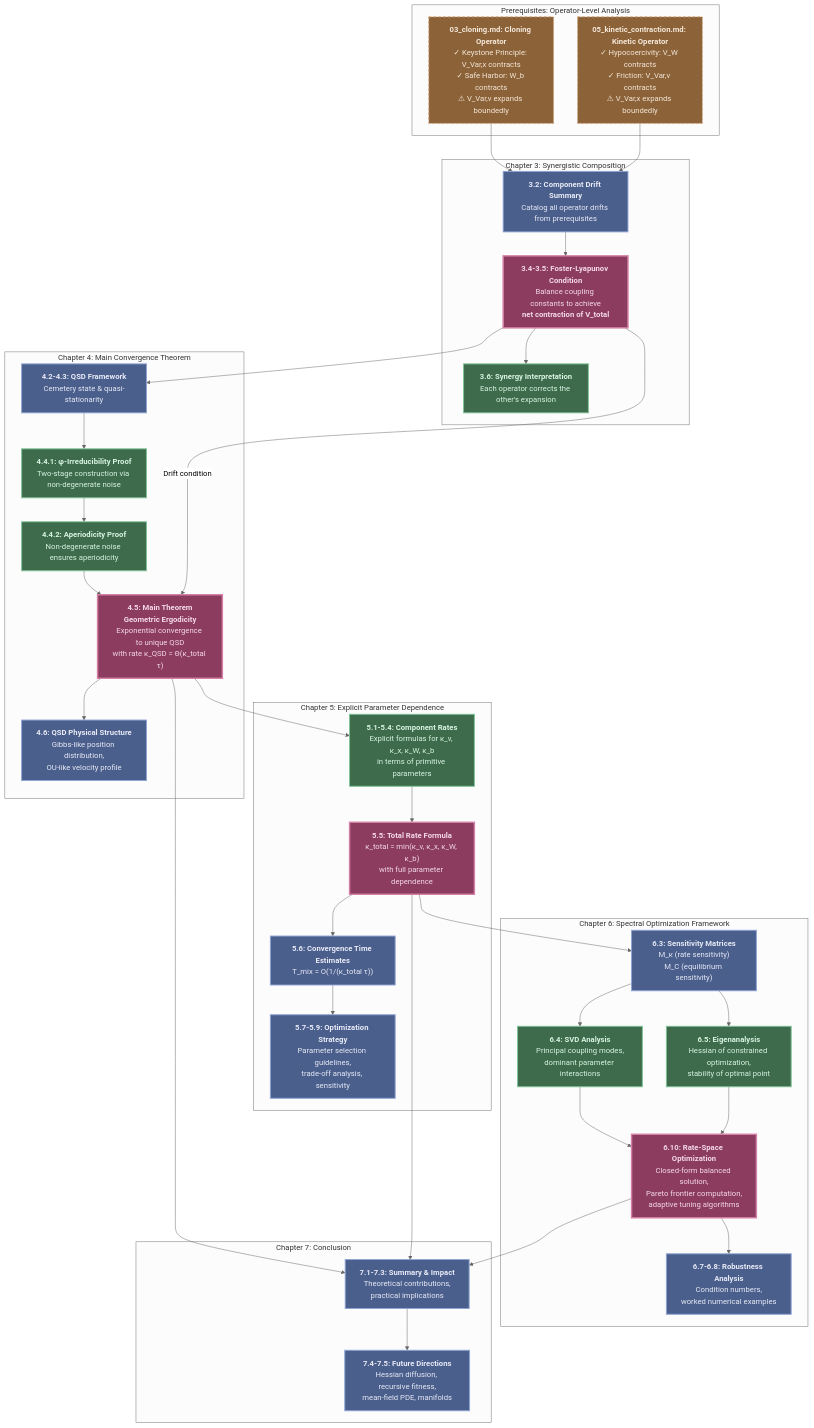
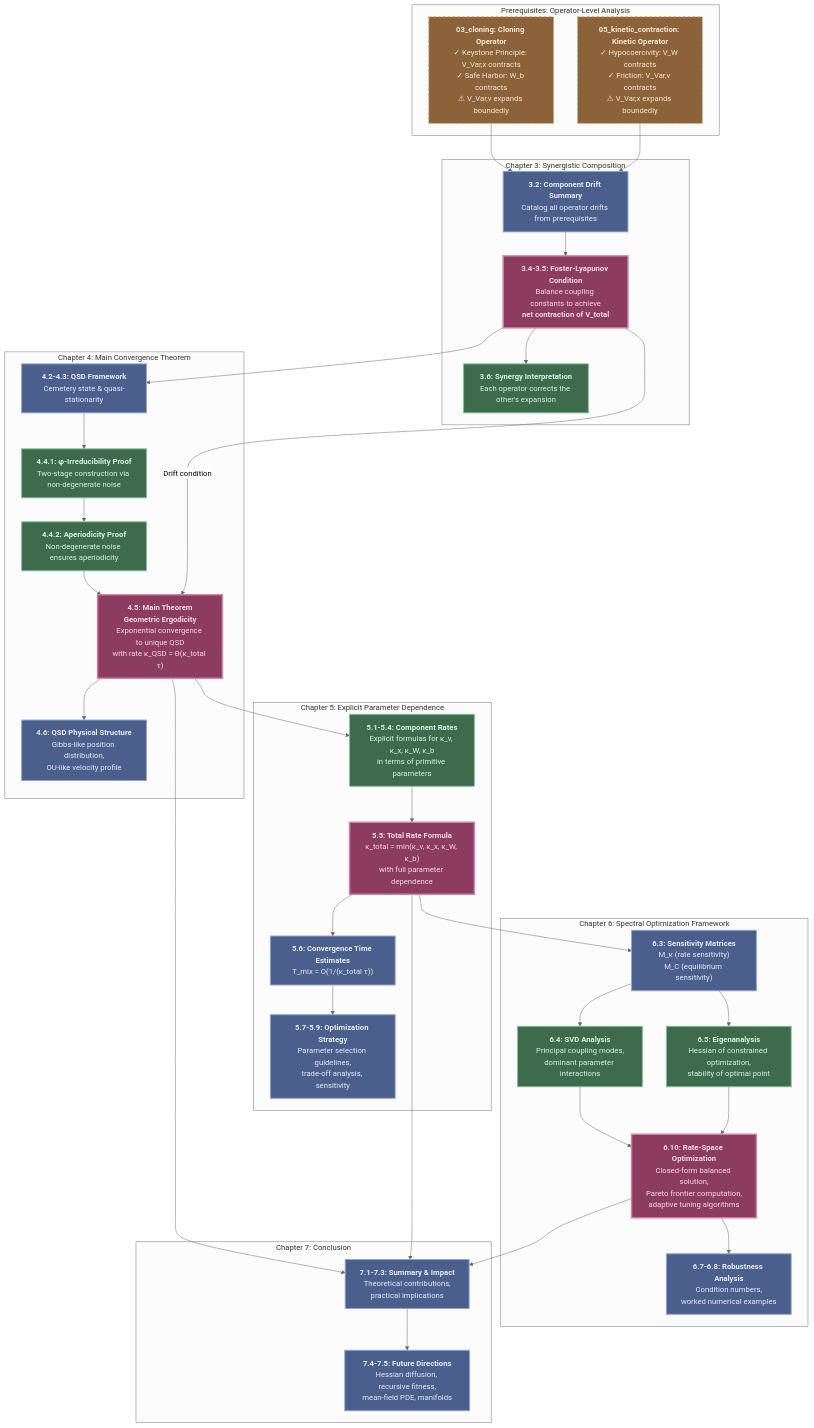
The diagram in docs/source/3_fractal_gas/appendices/06_convergence.md (FragileTech/fragile), drawn with Mermaid (neutral theme) before and after one commit. The commit also changed other lines of this file and 29 other files, not shown here.

````diff
--- a/docs/source/3_fractal_gas/appendices/06_convergence.md
+++ b/docs/source/3_fractal_gas/appendices/06_convergence.md
@@ -46,71 +48,71 @@
 ```{mermaid}
 graph TD
     subgraph "Prerequisites: Operator-Level Analysis"
-        A["<b>03_cloning.md: Cloning Operator</b><br>✓ Keystone Principle: V_Var,x contracts<br>✓ Safe Harbor: W_b contracts<br>⚠ V_Var,v expands boundedly"]:::axiomStyle
-        B["<b>05_kinetic_contraction.md: Kinetic Operator</b><br>✓ Hypocoercivity: V_W contracts<br>✓ Friction: V_Var,v contracts<br>⚠ V_Var,x expands boundedly"]:::axiomStyle
+        A["<b>03_cloning: Cloning Operator</b><br>✓ Keystone Principle: V_Var,x contracts<br>✓ Safe Harbor: W_b contracts<br>⚠ V_Var,v expands boundedly"]:::axiomStyle
+        B["<b>05_kinetic_contraction: Kinetic Operator</b><br>✓ Hypocoercivity: V_W contracts<br>✓ Friction: V_Var,v contracts<br>⚠ V_Var,x expands boundedly"]:::axiomStyle
     end
 
     subgraph "Chapter 3: Synergistic Composition"
         C["<b>3.2: Component Drift Summary</b><br>Catalog all operator drifts from prerequisites"]:::stateStyle
         D["<b>3.4-3.5: Foster-Lyapunov Condition</b><br>Balance coupling constants to achieve<br><b>net contraction of V_total</b>"]:::theoremStyle
         E["<b>3.6: Synergy Interpretation</b><br>Each operator corrects the other's expansion"]:::lemmaStyle
     end
 
     subgraph "Chapter 4: Main Convergence Theorem"
         F["<b>4.2-4.3: QSD Framework</b><br>Cemetery state & quasi-stationarity"]:::stateStyle
         G["<b>4.4.1: φ-Irreducibility Proof</b><br>Two-stage construction via non-degenerate noise"]:::lemmaStyle
         H["<b>4.4.2: Aperiodicity Proof</b><br>Non-degenerate noise ensures aperiodicity"]:::lemmaStyle
         I["<b>4.5: Main Theorem</b><br><b>Geometric Ergodicity</b><br>Exponential convergence to unique QSD<br>with rate κ_QSD = Θ(κ_total τ)"]:::theoremStyle
         J["<b>4.6: QSD Physical Structure</b><br>Gibbs-like position distribution,<br>OU-like velocity profile"]:::stateStyle
     end
 
     subgraph "Chapter 5: Explicit Parameter Dependence"
         K["<b>5.1-5.4: Component Rates</b><br>Explicit formulas for κ_v, κ_x, κ_W, κ_b<br>in terms of primitive parameters"]:::lemmaStyle
         L["<b>5.5: Total Rate Formula</b><br>κ_total = min(κ_v, κ_x, κ_W, κ_b)<br>with full parameter dependence"]:::theoremStyle
         M["<b>5.6: Convergence Time Estimates</b><br>T_mix = O(1/(κ_total τ))"]:::stateStyle
         N["<b>5.7-5.9: Optimization Strategy</b><br>Parameter selection guidelines,<br>trade-off analysis, sensitivity"]:::stateStyle
     end
 
     subgraph "Chapter 6: Spectral Optimization Framework"
         O["<b>6.3: Sensitivity Matrices</b><br>M_κ (rate sensitivity)<br>M_C (equilibrium sensitivity)"]:::stateStyle
         P["<b>6.4: SVD Analysis</b><br>Principal coupling modes,<br>dominant parameter interactions"]:::lemmaStyle
         Q["<b>6.5: Eigenanalysis</b><br>Hessian of constrained optimization,<br>stability of optimal point"]:::lemmaStyle
         R["<b>6.10: Rate-Space Optimization</b><br>Closed-form balanced solution,<br>Pareto frontier computation,<br>adaptive tuning algorithms"]:::theoremStyle
         S["<b>6.7-6.8: Robustness Analysis</b><br>Condition numbers,<br>worked numerical examples"]:::stateStyle
     end
 
     subgraph "Chapter 7: Conclusion"
         T["<b>7.1-7.3: Summary & Impact</b><br>Theoretical contributions,<br>practical implications"]:::stateStyle
         U["<b>7.4-7.5: Future Directions</b><br>Hessian diffusion, recursive fitness,<br>mean-field PDE, manifolds"]:::stateStyle
     end
 
     A --> C
     B --> C
     C --> D
     D --> E
     D --> F
     F --> G
     G --> H
     H --> I
     D --"Drift condition"--> I
     I --> J
     I --> K
     K --> L
     L --> M
     M --> N
     L --> O
     O --> P
     O --> Q
     P --> R
     Q --> R
     R --> S
     I --> T
     L --> T
     R --> T
     T --> U
 
     classDef stateStyle fill:#4a5f8c,stroke:#8fa4d4,stroke-width:2px,color:#e8eaf6
     classDef axiomStyle fill:#8c6239,stroke:#d4a574,stroke-width:2px,stroke-dasharray: 5 5,color:#f4e8d8
     classDef lemmaStyle fill:#3d6b4b,stroke:#7fc296,stroke-width:2px,color:#d8f4e3
     classDef theoremStyle fill:#8c3d5f,stroke:#d47fa4,stroke-width:3px,color:#f4d8e8
 ```
````
